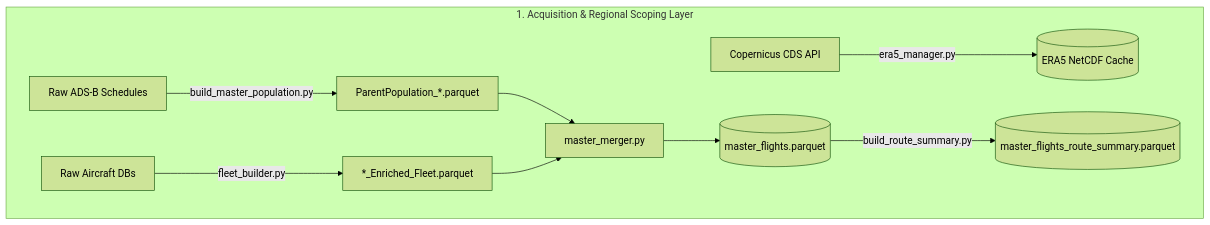
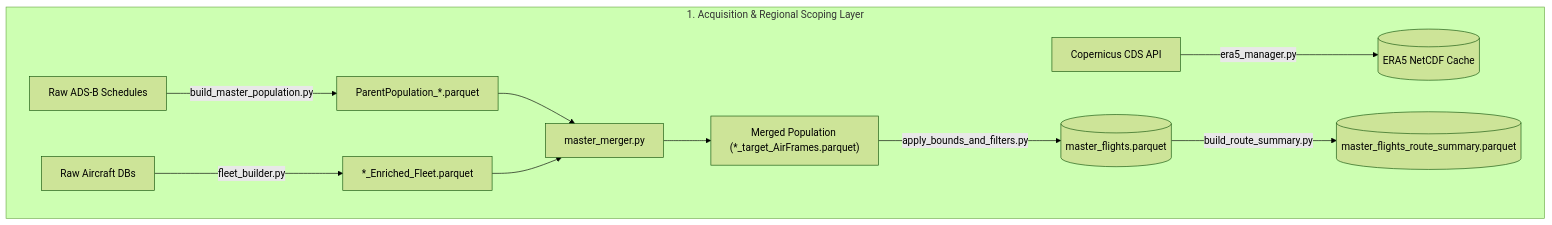
One commit to Bauzement123/flight-physics-pipeline changed the first of 2 diagrams in README.md. Above: the diagram before and after it, drawn with Mermaid (forest theme). The commit also changed other lines of this file and 12 other files, not shown here.

Commit message:
feat(acquisition): extract strict BBOX filter to apply_bounds_and_filters.py; update padding constants

````diff
--- a/README.md
+++ b/README.md
@@ -11,14 +11,16 @@
 ```mermaid
 flowchart TD
     subgraph Acquisition ["1. Acquisition & Regional Scoping Layer"]
         A1[Raw ADS-B Schedules] -->|build_master_population.py| A2["ParentPopulation_*.parquet"]
         B1[Raw Aircraft DBs] -->|fleet_builder.py| B2["*_Enriched_Fleet.parquet"]
         W1[Copernicus CDS API] -->|era5_manager.py| W2[(ERA5 NetCDF Cache)]
         
         A2 --> M[master_merger.py]
         B2 --> M
-        M --> C[(master_flights.parquet)]
+        M --> M2["Merged Population (*_target_AirFrames.parquet)"]
+        
+        M2 -->|apply_bounds_and_filters.py| C[(master_flights.parquet)]
         
         C -->|build_route_summary.py| D[(master_flights_route_summary.parquet)]
     end
 ```
````
